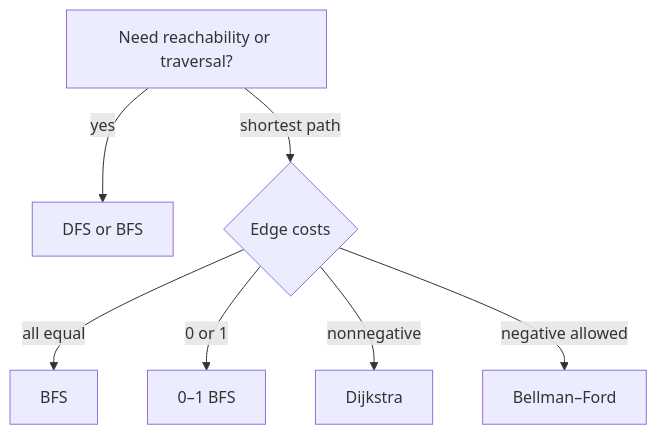
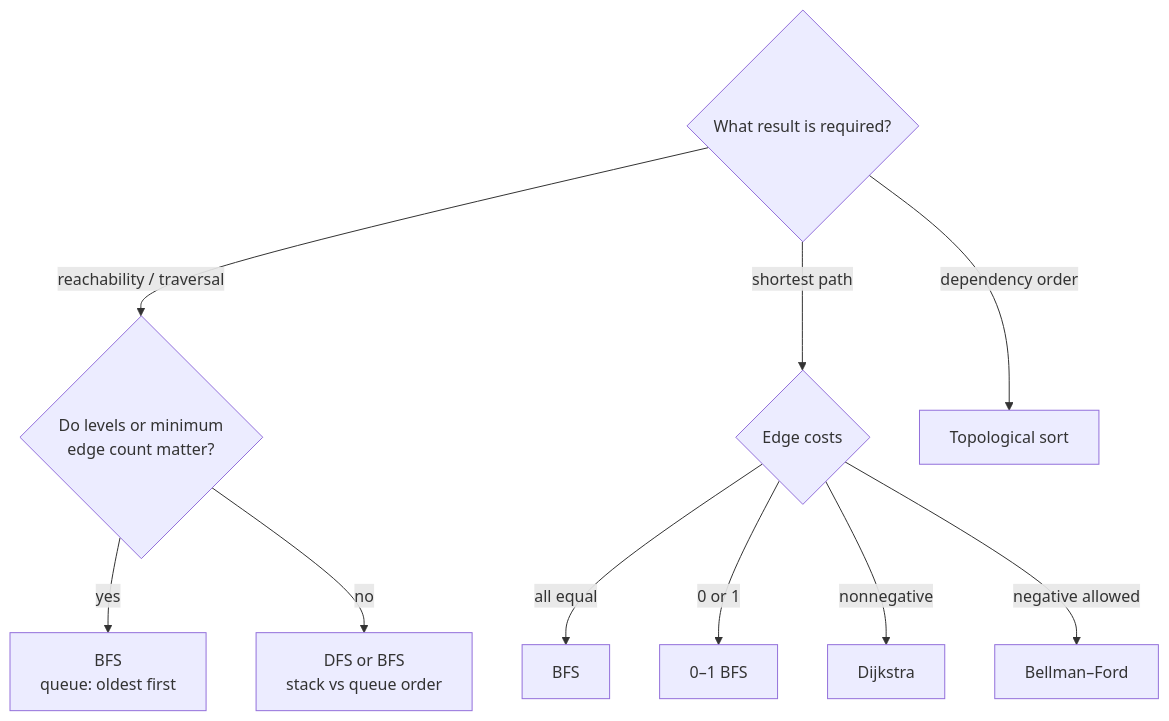
The diagram in docs/chapter_06_graphs/index.md (buicongnguyen/Leetcode), drawn with Mermaid before and after one commit. The commit also changed other lines of this file and 6 other files, not shown here.

````diff
--- a/docs/chapter_06_graphs/index.md
+++ b/docs/chapter_06_graphs/index.md
@@ -13,11 +13,15 @@
 ```mermaid
 flowchart TD
   accTitle: Choosing a graph traversal or shortest-path algorithm
-  accDescr: Use DFS or BFS for reachability, BFS for equal edge costs, zero-one BFS for costs zero and one, Dijkstra for nonnegative costs, and Bellman-Ford when negative costs are allowed.
-  A["Need reachability or traversal?"] -->|yes| B["DFS or BFS"]
-  A -->|shortest path| C{"Edge costs"}
+  accDescr: First choose the required result. For traversal, use BFS when levels or minimum edge count matter and DFS when any complete reachability exploration is enough. For shortest paths, choose BFS, zero-one BFS, Dijkstra, or Bellman-Ford from the edge costs. Use topological sort for dependency order.
+  A{"What result is required?"}
+  A -->|"reachability / traversal"| B{"Do levels or minimum<br/>edge count matter?"}
+  B -->|yes| H["BFS<br/>queue: oldest first"]
+  B -->|no| I["DFS or BFS<br/>stack vs queue order"]
+  A -->|"shortest path"| C{"Edge costs"}
   C -->|"all equal"| D["BFS"]
   C -->|"0 or 1"| E["0–1 BFS"]
   C -->|"nonnegative"| F["Dijkstra"]
   C -->|"negative allowed"| G["Bellman–Ford"]
+  A -->|"dependency order"| J["Topological sort"]
 ```
````
